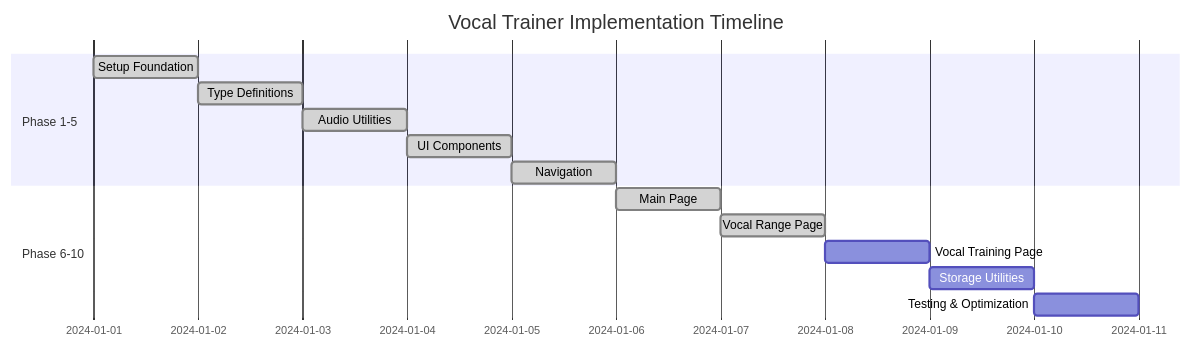
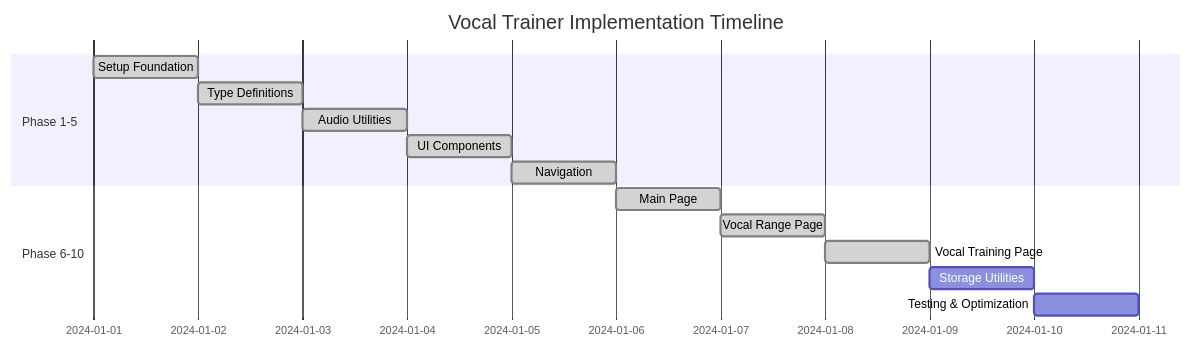
The diagram in vocal-trainer-phase-plan.md (rayinailham/vocal-trainer), drawn with Mermaid before and after one commit. The commit also changed other lines of this file and 1 other file, not shown here.

````diff
--- a/vocal-trainer-phase-plan.md
+++ b/vocal-trainer-phase-plan.md
@@ -324,18 +324,18 @@
 ```mermaid
 gantt
     title Vocal Trainer Implementation Timeline
     dateFormat  YYYY-MM-DD
     section Phase 1-5
     Setup Foundation        :done, phase1, 2024-01-01, 1d
     Type Definitions        :done, phase2, after phase1, 1d
     Audio Utilities         :done, phase3, after phase2, 1d
     UI Components           :done, phase4, after phase3, 1d
     Navigation              :done, phase5, after phase4, 1d
     
     section Phase 6-10
     Main Page               :done, phase6, after phase5, 1d
     Vocal Range Page        :done, phase7, after phase6, 1d
-    Vocal Training Page     :phase8, after phase7, 1d
+    Vocal Training Page     :done, phase8, after phase7, 1d
     Storage Utilities       :phase9, after phase8, 1d
     Testing & Optimization  :phase10, after phase9, 1d
 ```
````
